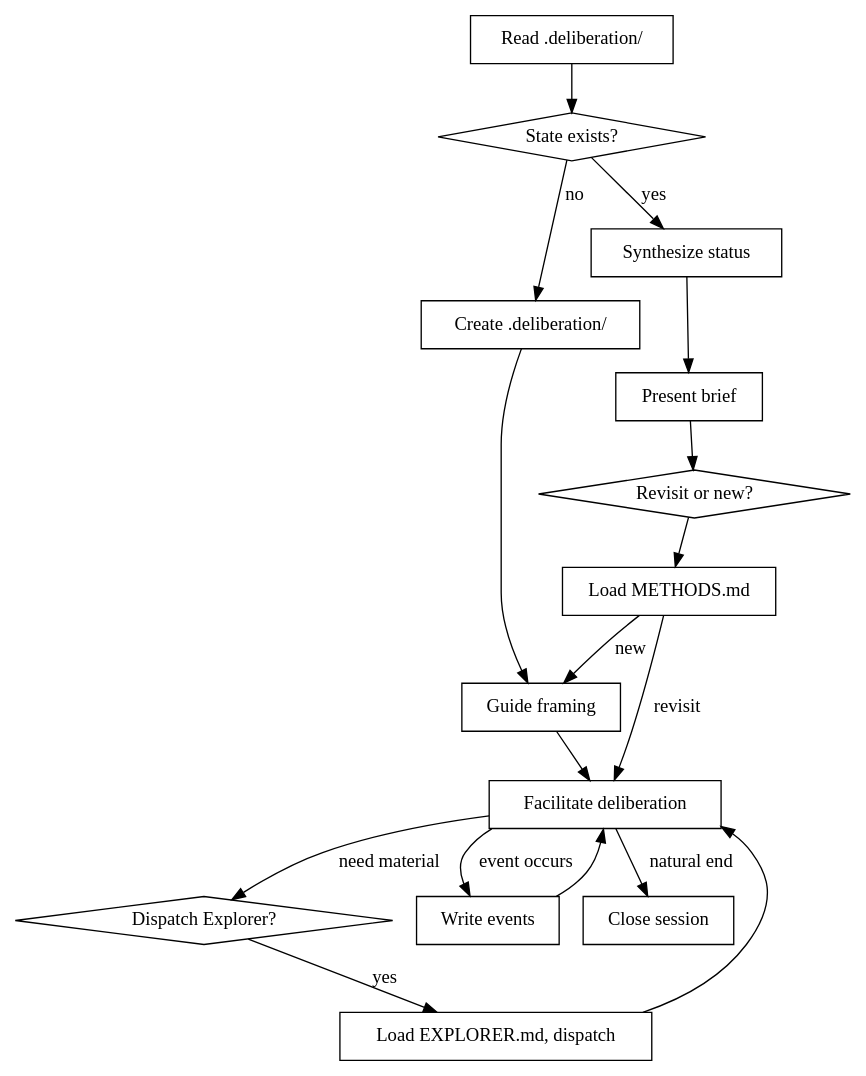
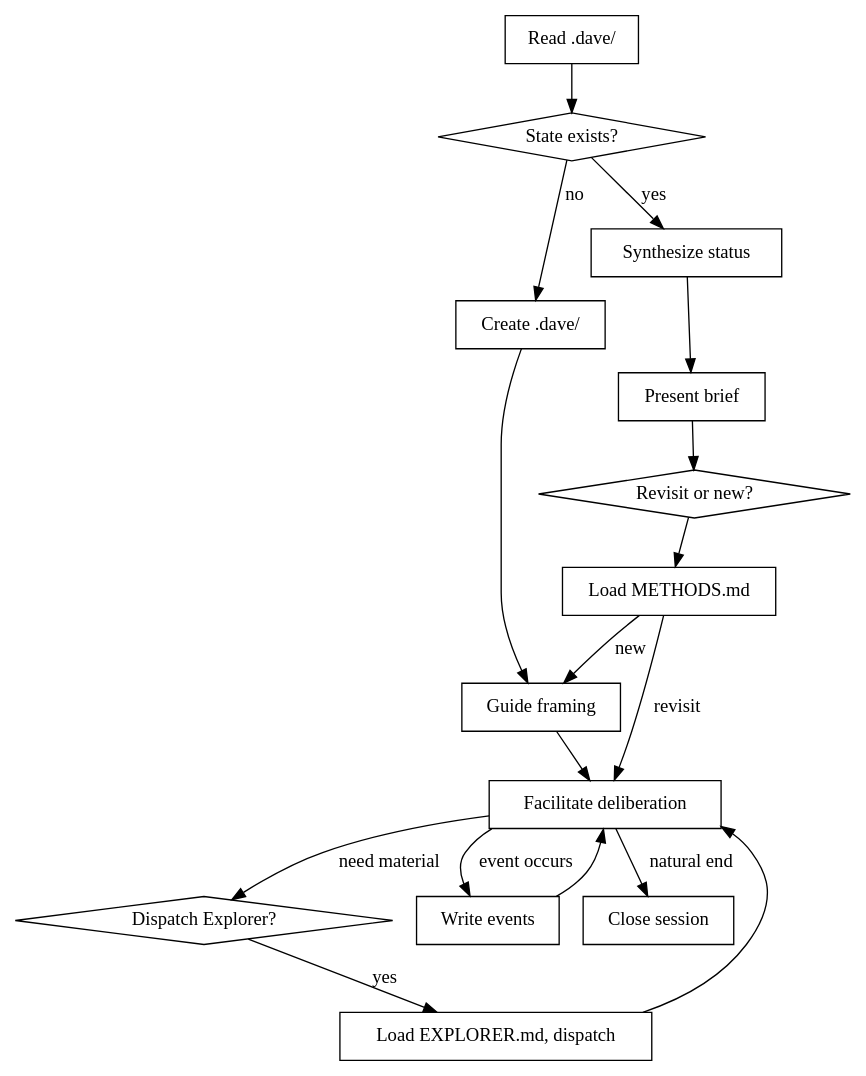
The diagram in docs/plans/2026-03-04-dave-skill-design.md (igor/dave), drawn with Graphviz before and after one commit. The commit also changed other lines of this file and 6 other files, not shown here.

Commit message:
Rename .deliberation/ to .dave/

````diff
--- a/docs/plans/2026-03-04-dave-skill-design.md
+++ b/docs/plans/2026-03-04-dave-skill-design.md
@@ -64,34 +64,34 @@
 ```dot
 digraph deliberation {
-    "Read .deliberation/" [shape=box];
+    "Read .dave/" [shape=box];
     "State exists?" [shape=diamond];
-    "Create .deliberation/" [shape=box];
+    "Create .dave/" [shape=box];
     "Synthesize status" [shape=box];
     "Present brief" [shape=box];
     "Revisit or new?" [shape=diamond];
     "Load METHODS.md" [shape=box];
     "Guide framing" [shape=box];
     "Facilitate deliberation" [shape=box];
     "Dispatch Explorer?" [shape=diamond];
     "Load EXPLORER.md, dispatch" [shape=box];
     "Write events" [shape=box];
     "Close session" [shape=box];
 
-    "Read .deliberation/" -> "State exists?";
+    "Read .dave/" -> "State exists?";
     "State exists?" -> "Synthesize status" [label="yes"];
-    "State exists?" -> "Create .deliberation/" [label="no"];
-    "Create .deliberation/" -> "Guide framing";
+    "State exists?" -> "Create .dave/" [label="no"];
+    "Create .dave/" -> "Guide framing";
     "Synthesize status" -> "Present brief";
     "Present brief" -> "Revisit or new?";
     "Revisit or new?" -> "Load METHODS.md";
     "Load METHODS.md" -> "Guide framing" [label="new"];
     "Load METHODS.md" -> "Facilitate deliberation" [label="revisit"];
     "Guide framing" -> "Facilitate deliberation";
     "Facilitate deliberation" -> "Dispatch Explorer?" [label="need material"];
     "Dispatch Explorer?" -> "Load EXPLORER.md, dispatch" [label="yes"];
     "Load EXPLORER.md, dispatch" -> "Facilitate deliberation";
     "Facilitate deliberation" -> "Write events" [label="event occurs"];
     "Write events" -> "Facilitate deliberation";
     "Facilitate deliberation" -> "Close session" [label="natural end"];
 }
 ```
````
